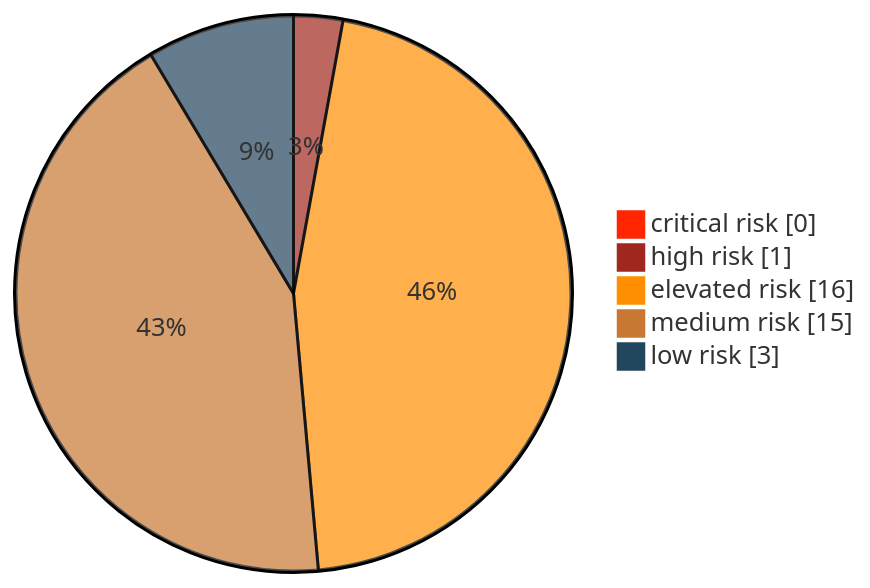
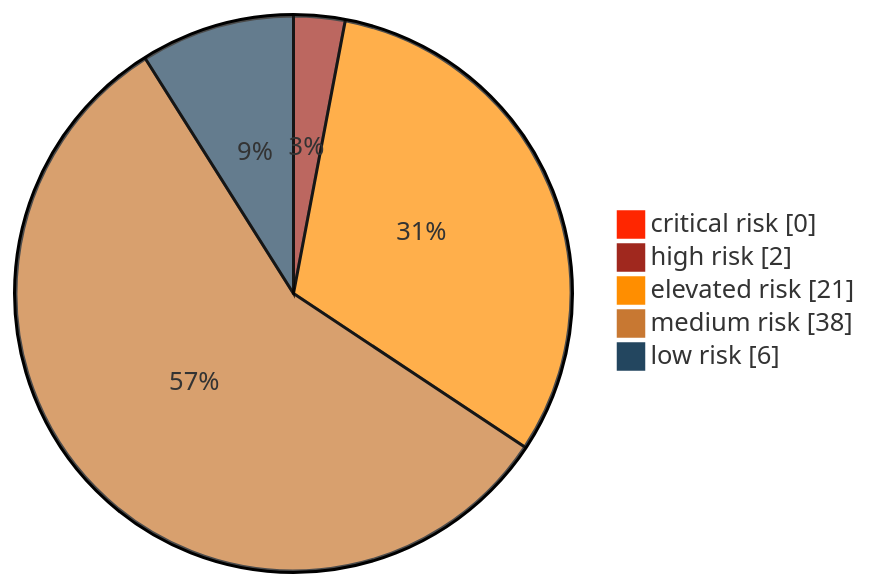
One commit to Luv1881/Threat-model changed the first of 2 diagrams in threagile/output/adocReport/010_ManagementSummary.adoc. Above: the diagram before and after it, drawn with Mermaid. The commit also changed other lines of this file and 312 other files, not shown here.

```diff
--- a/threagile/output/adocReport/010_ManagementSummary.adoc
+++ b/threagile/output/adocReport/010_ManagementSummary.adoc
@@ -23,10 +23,10 @@
 [mermaid]
 ....
 %%{init: {'pie' : {'textPosition' : 0.5}, 'theme': 'base', 'themeVariables': { 'pie1': '#FF2600', 'pie2': '#A0281E', 'pie3': '#FF8E00', 'pie4': '#C87832', 'pie5': '#23465F'}}}%%
 pie showData
   "critical risk" : 0
-  "high risk" : 1
-  "elevated risk" : 16
-  "medium risk" : 15
-  "low risk" : 3
+  "high risk" : 2
+  "elevated risk" : 21
+  "medium risk" : 38
+  "low risk" : 6
 ....
```
